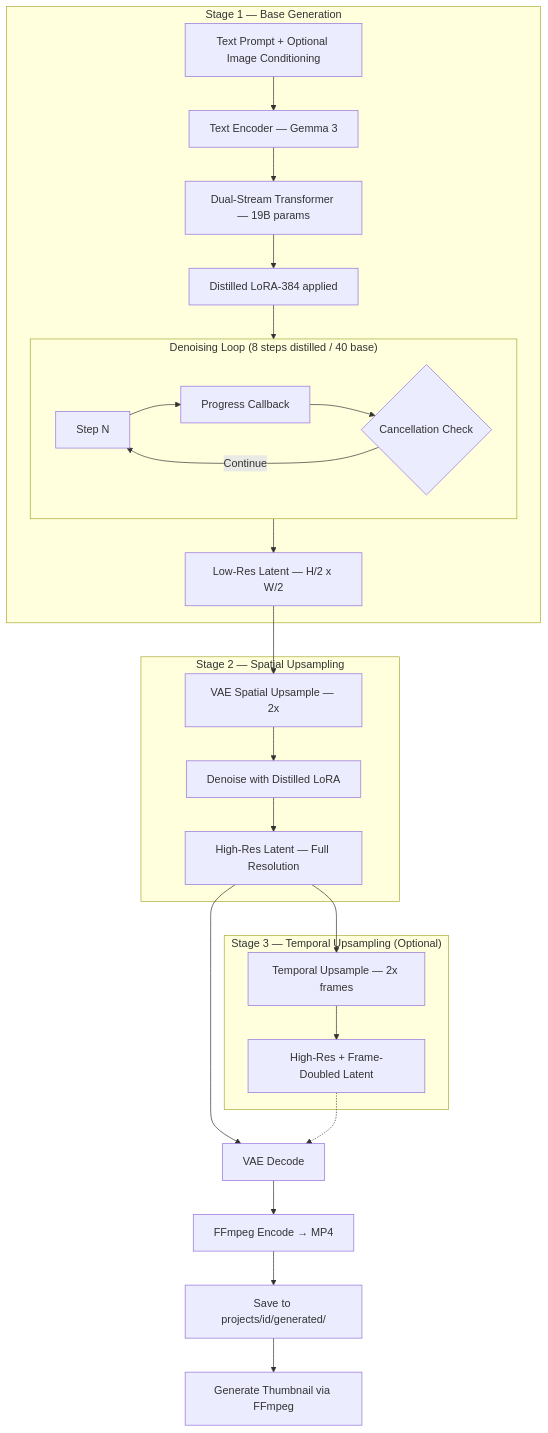
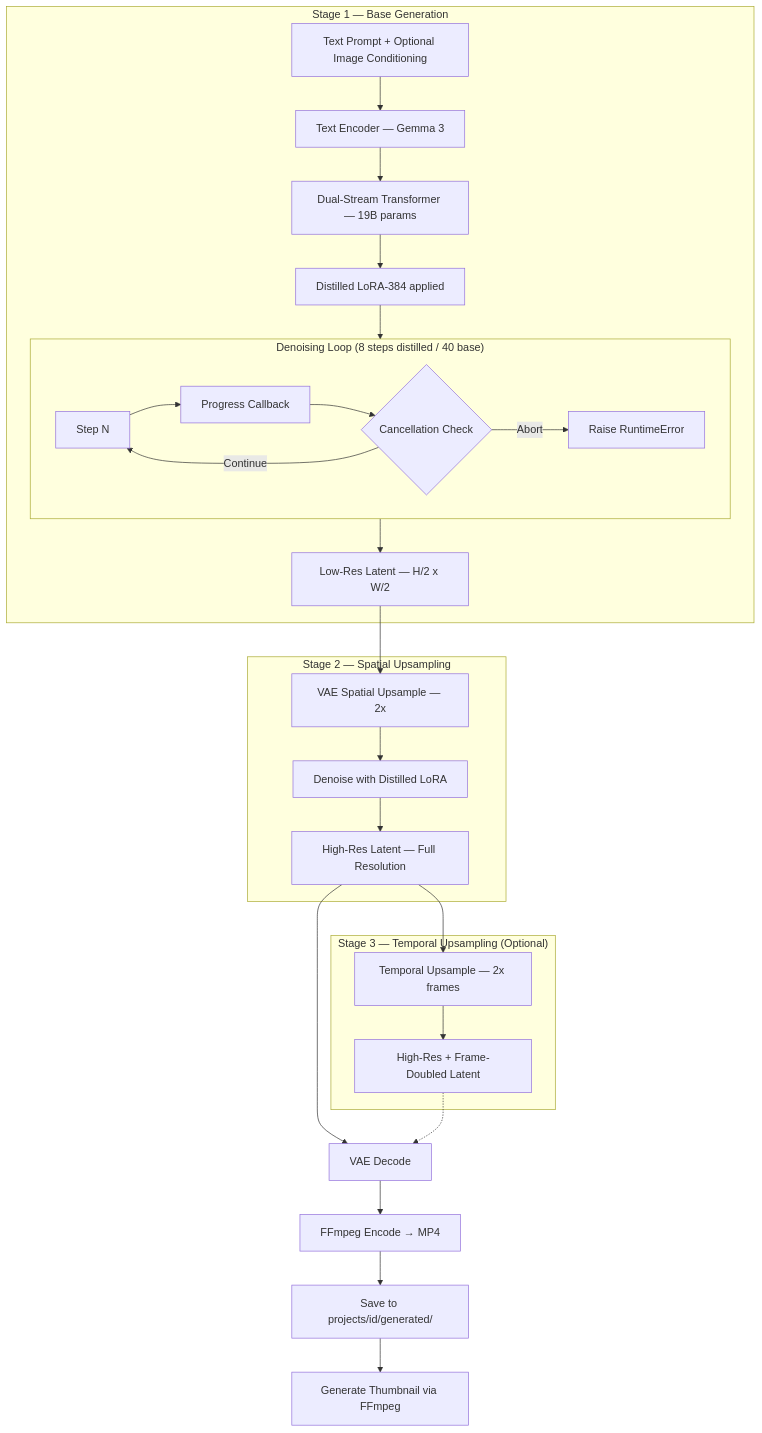
The second of 8 diagrams in docs/03_ai_pipelines.md (mainza-ai/milimovideo), drawn with Mermaid before and after one commit. The commit also changed 4 other files, not shown here.

Commit message:
Update docs to reflect new generation cancellation architecture

````diff
--- a/docs/03_ai_pipelines.md
+++ b/docs/03_ai_pipelines.md
@@ -106,34 +106,35 @@
 ```mermaid
 flowchart TD
     subgraph "Stage 1 — Base Generation"
         S1_IN[Text Prompt + Optional Image Conditioning] --> S1_ENC[Text Encoder — Gemma 3]
         S1_ENC --> S1_TR[Dual-Stream Transformer — 19B params]
         S1_TR --> S1_LORA[Distilled LoRA-384 applied]
         S1_LORA --> S1_LOOP
         
         subgraph S1_LOOP["Denoising Loop (8 steps distilled / 40 base)"]
             S1_STEP[Step N]
             S1_STEP --> S1_CB[Progress Callback]
             S1_CB --> S1_CANCEL{Cancellation Check}
             S1_CANCEL -->|Continue| S1_STEP
+            S1_CANCEL -->|Abort| S1_HALT[Raise RuntimeError]
         end
         S1_LOOP --> S1_OUT["Low-Res Latent — H/2 x W/2"]
     end
 
     subgraph "Stage 2 — Spatial Upsampling"
         S1_OUT --> S2_UP[VAE Spatial Upsample — 2x]
         S2_UP --> S2_DN[Denoise with Distilled LoRA]
         S2_DN --> S2_OUT[High-Res Latent — Full Resolution]
     end
 
     subgraph "Stage 3 — Temporal Upsampling (Optional)"
         S2_OUT --> S3_UP[Temporal Upsample — 2x frames]
         S3_UP --> S3_OUT[High-Res + Frame-Doubled Latent]
     end
 
     S2_OUT --> DECODE[VAE Decode]
     S3_OUT -.-> DECODE
     DECODE --> ENCODE[FFmpeg Encode → MP4]
     ENCODE --> SAVE[Save to projects/id/generated/]
     SAVE --> THUMB[Generate Thumbnail via FFmpeg]
 ```
````
